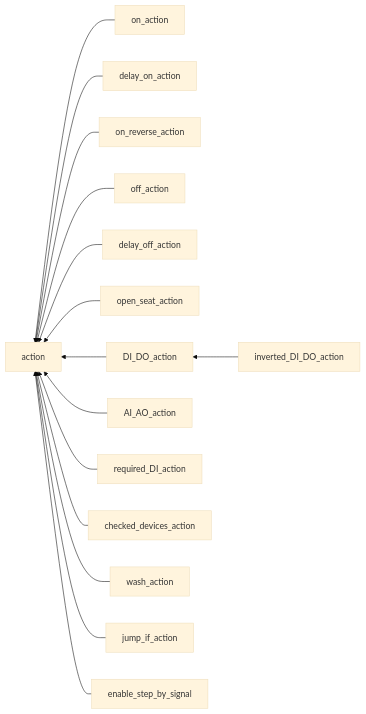
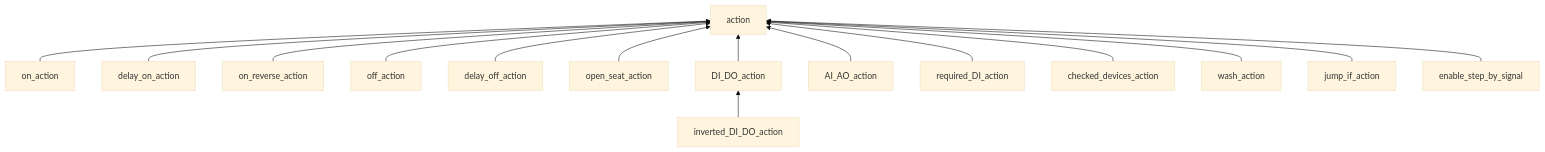
Before and after one commit to savushkin-r-d/ptusa_main: diagram 11 of 11 in docs/class_scheme/readme.md, drawn with Mermaid (base theme). The commit also changed other lines of this file, not shown here.

Commit message:
Simplify diagrams

````diff
--- a/docs/class_scheme/readme.md
+++ b/docs/class_scheme/readme.md
@@ -152,17 +151,17 @@
 ```mermaid
-flowchart RL
+flowchart BT
     on_action[on_action] --> action[action]
     delay_on_action[delay_on_action] --> action
     on_reverse_action[on_reverse_action] --> action
     off_action[off_action] --> action
     delay_off_action[delay_off_action] --> action
     open_seat_action[open_seat_action] --> action
     DI_DO_action[DI_DO_action] --> action
     inverted_DI_DO_action[inverted_DI_DO_action] --> DI_DO_action
     AI_AO_action[AI_AO_action] --> action
     required_DI_action[required_DI_action] --> action
     checked_devices_action[checked_devices_action] --> action
     wash_action[wash_action] --> action
     jump_if_action[jump_if_action] --> action
     enable_step_by_signal[enable_step_by_signal] --> action
 ```
````
